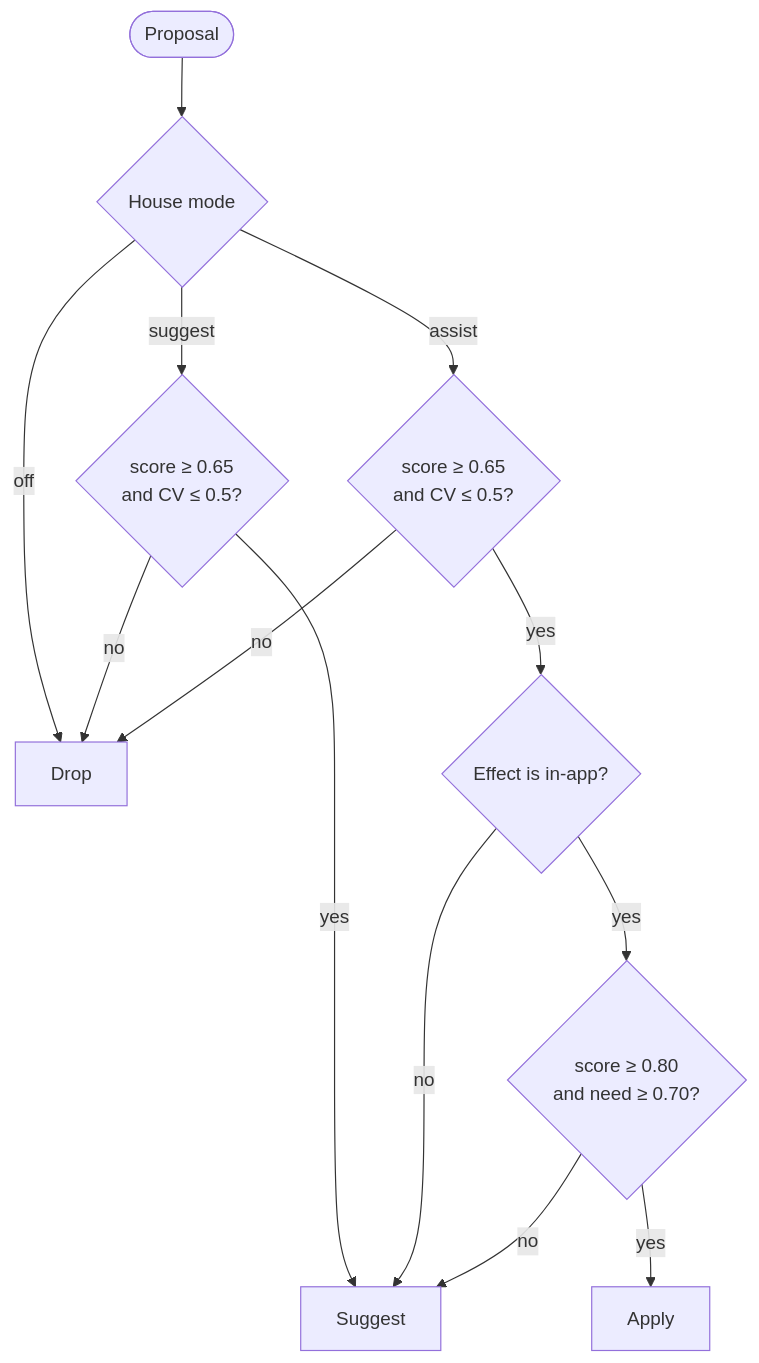
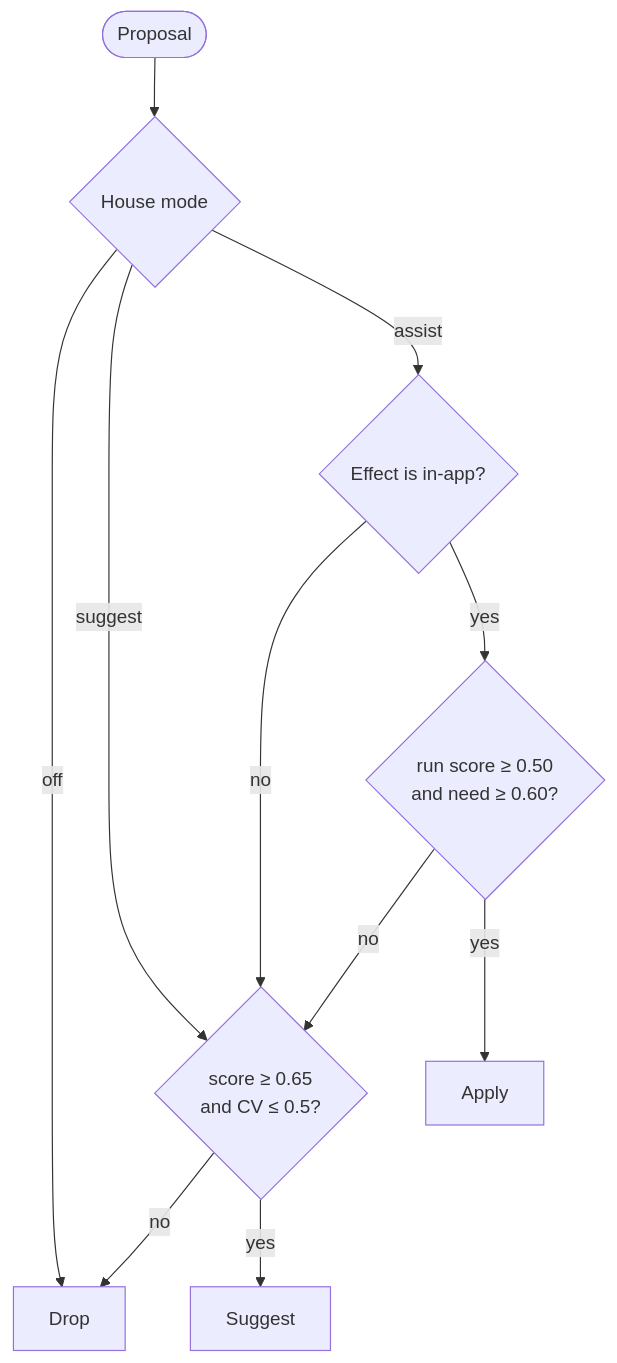
One commit to janvillarosa/gracie-app changed the fourth of 11 diagrams in docs/superpowers/plans/2026-10-17-autopilot-engine.md. Above: the diagram before and after it, drawn with Mermaid. The commit also changed other lines of this file and 15 other files, not shown here.

First line of the commit message:
feat(autopilot): judge assist by run fit, F1 77.7% on the golden households

````diff
--- a/docs/superpowers/plans/2026-10-17-autopilot-engine.md
+++ b/docs/superpowers/plans/2026-10-17-autopilot-engine.md
@@ -273,15 +279,13 @@
 ```mermaid
 flowchart TD
     P([Proposal]) --> M{House mode}
     M -- off --> DROP[Drop]
     M -- suggest --> B1{"score ≥ 0.65<br/>and CV ≤ 0.5?"}
-    M -- assist --> B2{"score ≥ 0.65<br/>and CV ≤ 0.5?"}
+    M -- assist --> E{"Effect is in-app?"}
     B1 -- no --> DROP
     B1 -- yes --> SUG[Suggest]
-    B2 -- no --> DROP
-    B2 -- yes --> E{"Effect is in-app?"}
-    E -- no --> SUG
-    E -- yes --> B3{"score ≥ 0.80<br/>and need ≥ 0.70?"}
-    B3 -- no --> SUG
+    E -- no --> B1
+    E -- yes --> B3{"run score ≥ 0.50<br/>and need ≥ 0.60?"}
+    B3 -- no --> B1
     B3 -- yes --> APPLY[Apply]
 ```
````
